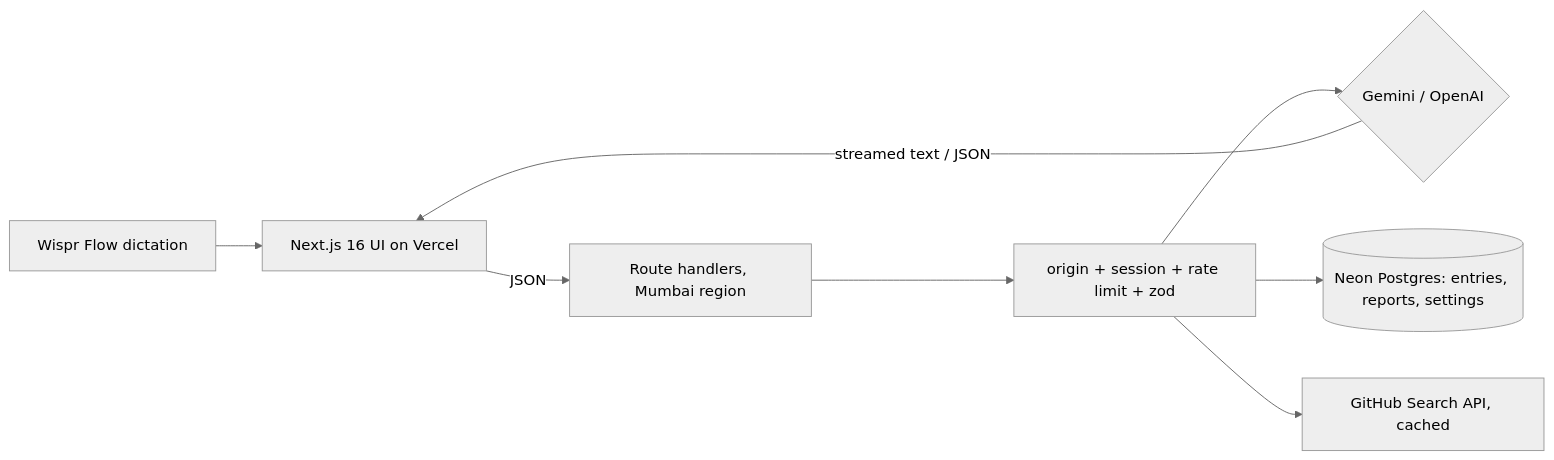
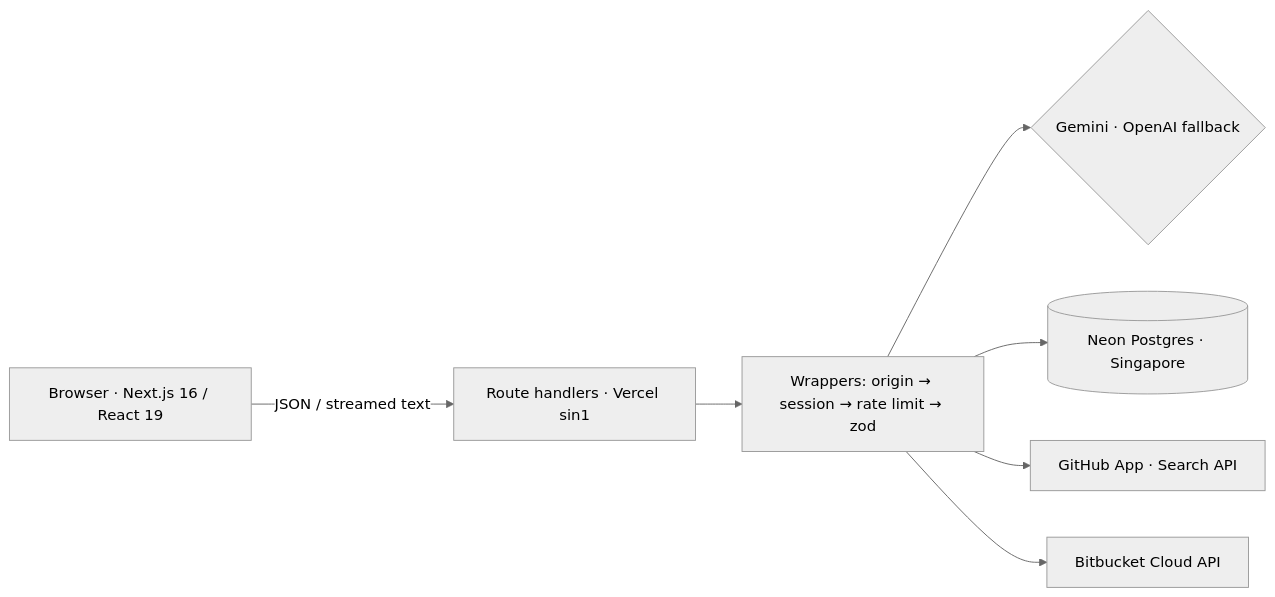
The second of 2 diagrams in README.md (Gursimran2150/shiplog), drawn with Mermaid (neutral theme) before and after one commit. The commit also changed other lines of this file and 33 other files, not shown here.

````diff
--- a/README.md
+++ b/README.md
@@ -69,10 +262,9 @@
 ```mermaid
 flowchart LR
-  W[Wispr Flow dictation] --> UI[Next.js 16 UI on Vercel]
-  UI -->|JSON| API[Route handlers, Mumbai region]
-  API --> G[origin + session + rate limit + zod]
-  G --> AI{Gemini / OpenAI}
-  G --> DB[(Neon Postgres: entries, reports, settings)]
-  G --> GH[GitHub Search API, cached]
-  AI -->|streamed text / JSON| UI
+  B[Browser · Next.js 16 / React 19] -->|JSON / streamed text| API[Route handlers · Vercel sin1]
+  API --> W["Wrappers: origin → session → rate limit → zod"]
+  W --> AI{Gemini · OpenAI fallback}
+  W --> DB[(Neon Postgres · Singapore)]
+  W --> GH[GitHub App · Search API]
+  W --> BB[Bitbucket Cloud API]
 ```
````
